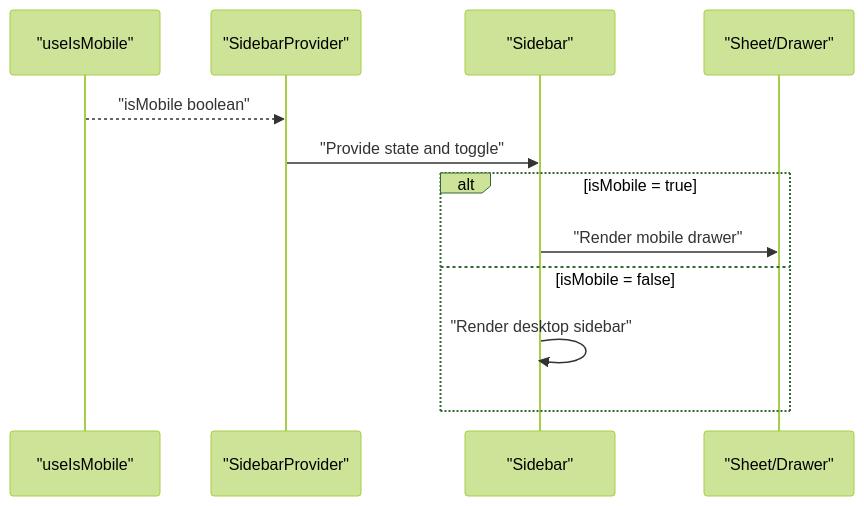
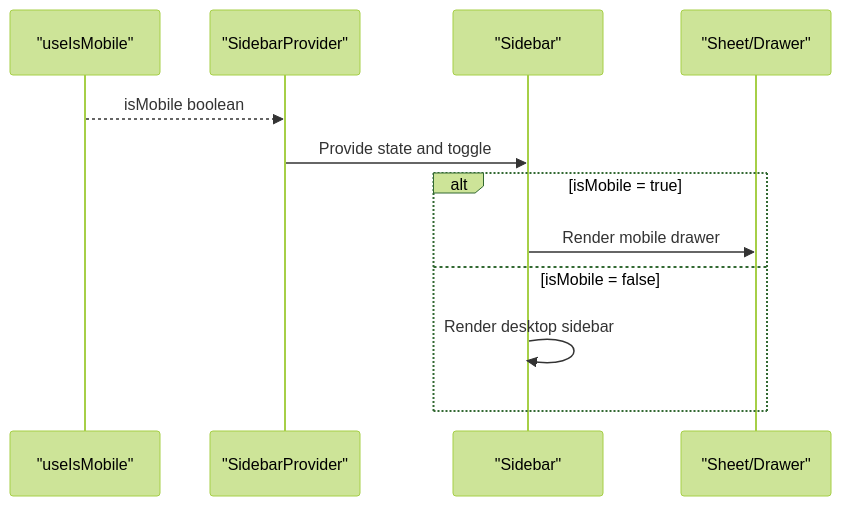
One commit to mohjak/sc-dof changed the fourth of 5 diagrams in .qoder/repowiki/en/content/State Management/Custom Hooks for State Management/useIsMobile Hook.md. Above: the diagram before and after it, drawn with Mermaid (forest theme). The commit also changed other lines of this file and 68 other files, not shown here.

First line of the commit message:
docs(docs): update component architecture docs with markdown formatting fixes

````diff
--- a/.qoder/repowiki/en/content/State Management/Custom Hooks for State Management/useIsMobile Hook.md
+++ b/.qoder/repowiki/en/content/State Management/Custom Hooks for State Management/useIsMobile Hook.md
@@ -145,14 +143,14 @@
 ```mermaid
 sequenceDiagram
 participant Hook as "useIsMobile"
 participant Provider as "SidebarProvider"
 participant Sidebar as "Sidebar"
 participant Sheet as "Sheet/Drawer"
-Hook-->>Provider : "isMobile boolean"
-Provider->>Sidebar : "Provide state and toggle"
+Hook-->>Provider : isMobile boolean
+Provider->>Sidebar : Provide state and toggle
 alt isMobile = true
-Sidebar->>Sheet : "Render mobile drawer"
+Sidebar->>Sheet : Render mobile drawer
 else isMobile = false
-Sidebar->>Sidebar : "Render desktop sidebar"
+Sidebar->>Sidebar : Render desktop sidebar
 end
 ```
````
